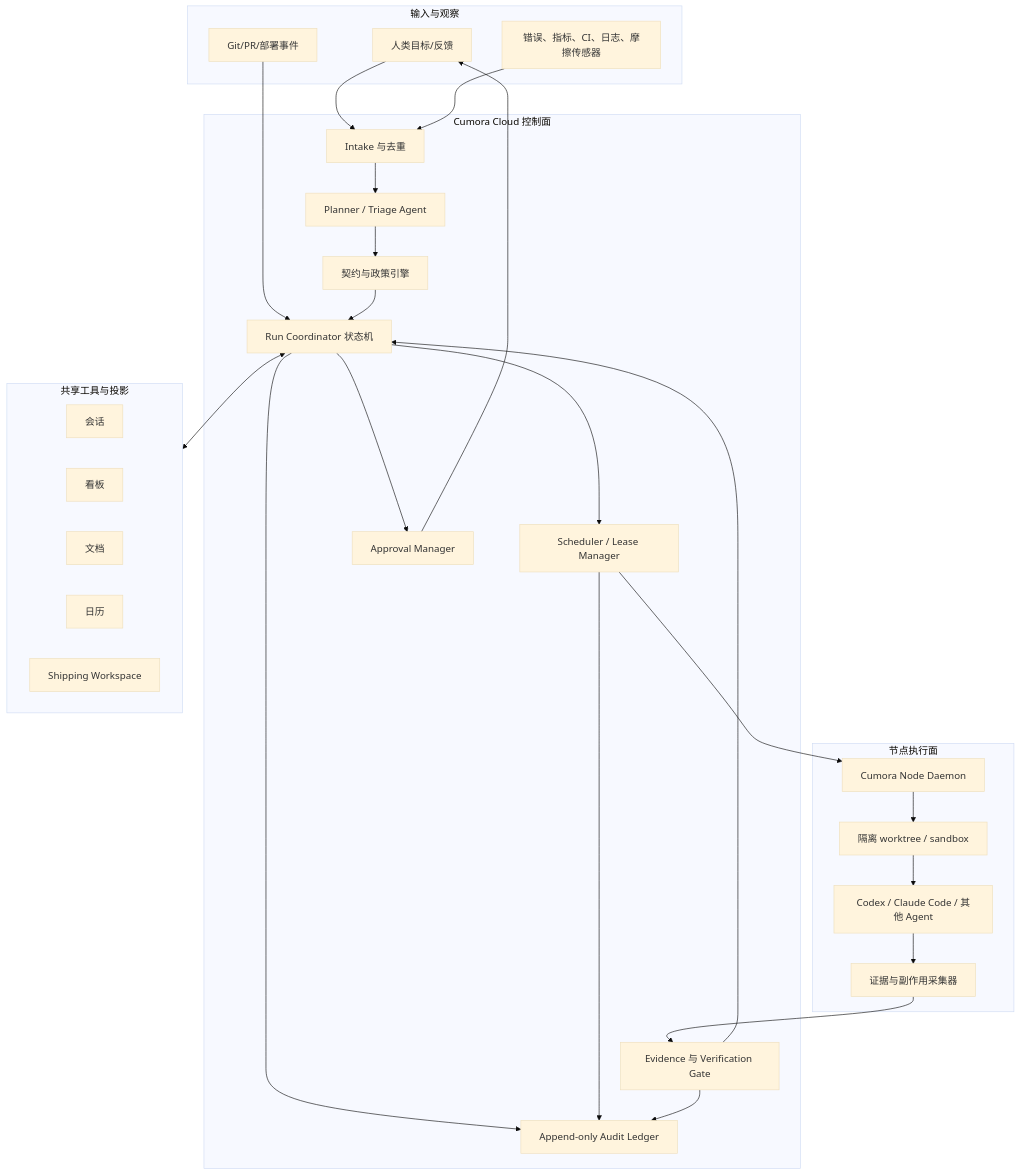
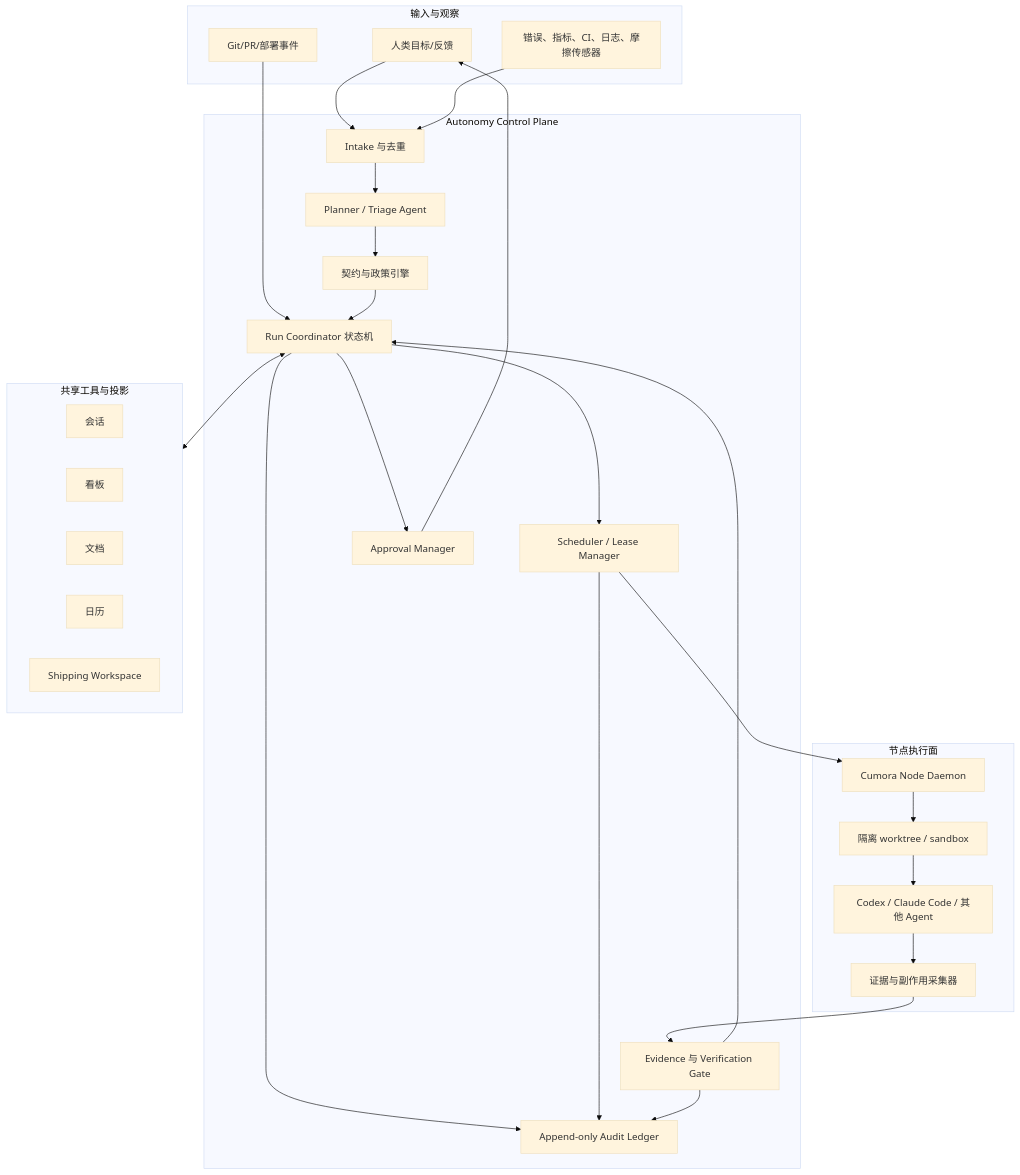
The diagram in docs/AUTONOMOUS_PROJECTS.md (youjing-mz/cumora), drawn with Mermaid (base theme) before and after one commit. The commit also changed other lines of this file and 8 other files, not shown here.

Commit message:
docs: formalize agent architecture, terminology, and control plane documentation

````diff
--- a/docs/AUTONOMOUS_PROJECTS.md
+++ b/docs/AUTONOMOUS_PROJECTS.md
@@ -80,52 +80,52 @@
 ```mermaid
 flowchart TB
   subgraph Inputs["输入与观察"]
     Human["人类目标/反馈"]
     Sensors["错误、指标、CI、日志、摩擦传感器"]
     GitEvents["Git/PR/部署事件"]
   end
 
-  subgraph Control["Cumora Cloud 控制面"]
+  subgraph Control["Autonomy Control Plane"]
     Intake["Intake 与去重"]
     Planner["Planner / Triage Agent"]
     Policy["契约与政策引擎"]
     Coordinator["Run Coordinator 状态机"]
     Scheduler["Scheduler / Lease Manager"]
     Approval["Approval Manager"]
     Evidence["Evidence 与 Verification Gate"]
     Audit["Append-only Audit Ledger"]
   end
 
   subgraph Artifacts["共享工具与投影"]
     Chat["会话"]
     Board["看板"]
     Docs["文档"]
     Calendar["日历"]
     Shipping["Shipping Workspace"]
   end
 
   subgraph Nodes["节点执行面"]
     Daemon["Cumora Node Daemon"]
     Sandbox["隔离 worktree / sandbox"]
     Codex["Codex / Claude Code / 其他 Agent"]
     Collector["证据与副作用采集器"]
   end
 
   Human --> Intake
   Sensors --> Intake
   GitEvents --> Coordinator
   Intake --> Planner
   Planner --> Policy
   Policy --> Coordinator
   Coordinator --> Scheduler
   Scheduler --> Daemon
   Daemon --> Sandbox --> Codex
   Codex --> Collector --> Evidence
   Evidence --> Coordinator
   Coordinator --> Approval
   Approval --> Human
   Coordinator --> Audit
   Scheduler --> Audit
   Evidence --> Audit
   Coordinator <--> Artifacts
 ```
````
